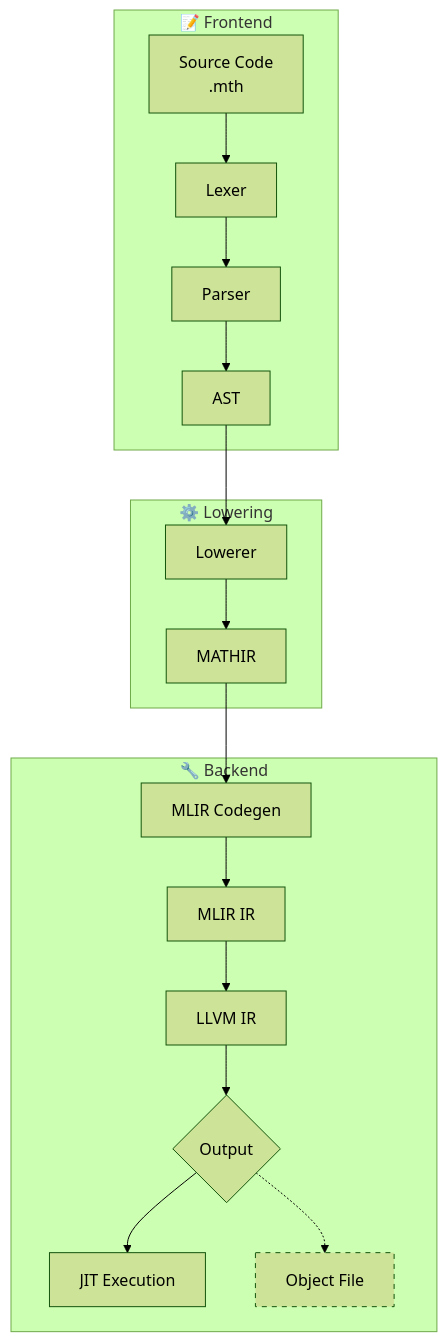
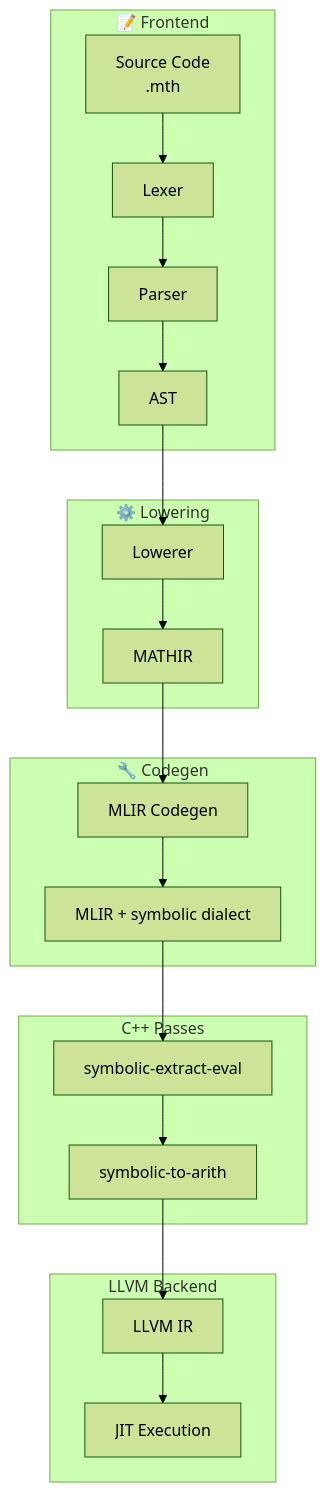
The diagram in docs/README.md (FrancoGiachetta/mathic), drawn with Mermaid (forest theme) before and after one commit. The commit also changed 2 other files, not shown here.

Commit message:
improvements

````diff
--- a/docs/README.md
+++ b/docs/README.md
@@ -74,26 +74,30 @@
 ```mermaid
 flowchart TD
     subgraph Frontend["📝 Frontend"]
         Source[Source Code<br/>.mth]
         Lexer[Lexer]
         Parser[Parser]
         AST[AST]
         Source --> Lexer --> Parser --> AST
     end
 
     subgraph Lowering["⚙️ Lowering"]
         AST --> Lowerer[Lowerer]
         Lowerer --> IR[MATHIR]
     end
 
-    subgraph Backend["🔧 Backend"]
-        IR --> Codegen[MLIR Codegen]
-        Codegen --> MLIR[MLIR IR]
-        MLIR --> LLVM[LLVM IR]
-        LLVM --> Output{Output}
-        Output --> JIT[JIT Execution]
-        Output -.-> OBJ[Object File]
+    subgraph Codegen["🔧 Codegen"]
+        IR --> MLIRGen[MLIR Codegen]
+        MLIRGen --> Symbolic[MLIR + symbolic dialect]
     end
 
-    style OBJ stroke-dasharray: 5 5
+    subgraph Passes["C++ Passes"]
+        Symbolic --> ExtractEval[symbolic-extract-eval]
+        ExtractEval --> ToArith[symbolic-to-arith]
+    end
+
+    subgraph LLVMBackend["LLVM Backend"]
+        ToArith --> LLVM[LLVM IR]
+        LLVM --> JIT[JIT Execution]
+    end
 ```
````
